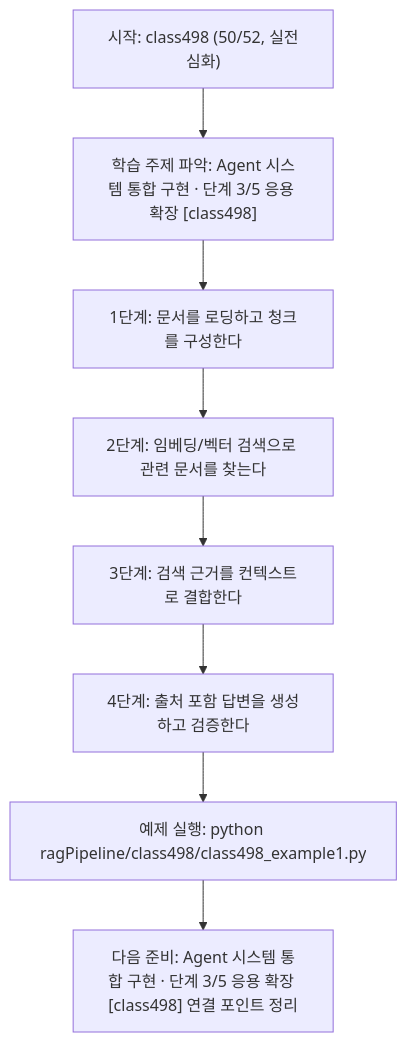
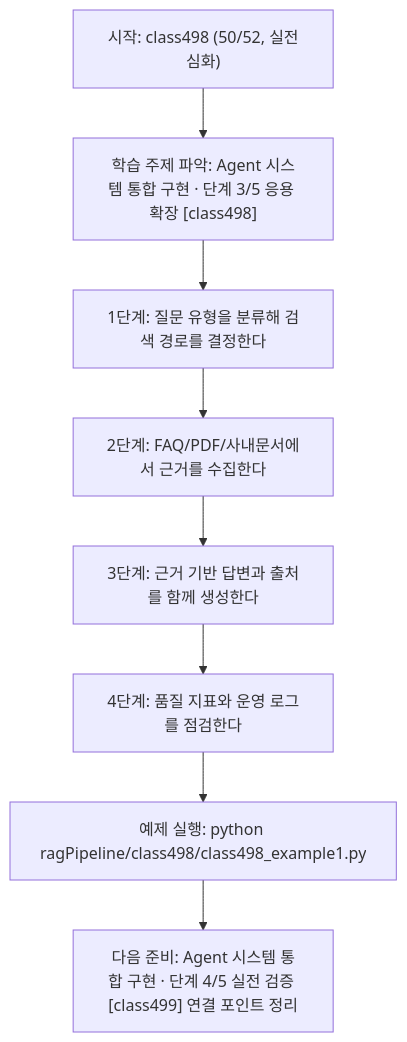
The diagram in ragPipeline/class498/class498.md (edumgt/Python-AI_Agent-Class), drawn with Mermaid before and after one commit. The commit also changed other lines of this file and 367 other files, not shown here.

````diff
--- a/ragPipeline/class498/class498.md
+++ b/ragPipeline/class498/class498.md
@@ -112,18 +92,18 @@
 ```mermaid
 flowchart TD
 N1["시작: class498 (50/52, 실전심화)"]
 N2["학습 주제 파악: Agent 시스템 통합 구현 · 단계 3/5 응용 확장 [class498]"]
-N3["1단계: 문서를 로딩하고 청크를 구성한다"]
-N4["2단계: 임베딩/벡터 검색으로 관련 문서를 찾는다"]
-N5["3단계: 검색 근거를 컨텍스트로 결합한다"]
-N6["4단계: 출처 포함 답변을 생성하고 검증한다"]
+N3["1단계: 질문 유형을 분류해 검색 경로를 결정한다"]
+N4["2단계: FAQ/PDF/사내문서에서 근거를 수집한다"]
+N5["3단계: 근거 기반 답변과 출처를 함께 생성한다"]
+N6["4단계: 품질 지표와 운영 로그를 점검한다"]
 N7["예제 실행: python ragPipeline/class498/class498_example1.py"]
-N8["다음 준비: Agent 시스템 통합 구현 · 단계 3/5 응용 확장 [class498] 연결 포인트 정리"]
+N8["다음 준비: Agent 시스템 통합 구현 · 단계 4/5 실전 검증 [class499] 연결 포인트 정리"]
 N1 --> N2
 N2 --> N3
 N3 --> N4
 N4 --> N5
 N5 --> N6
 N6 --> N7
 N7 --> N8
 ```
````
